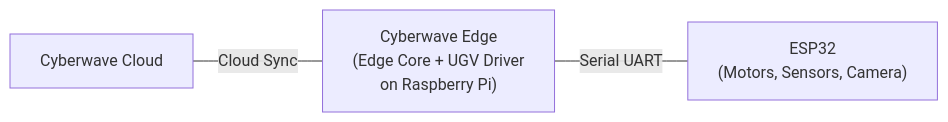
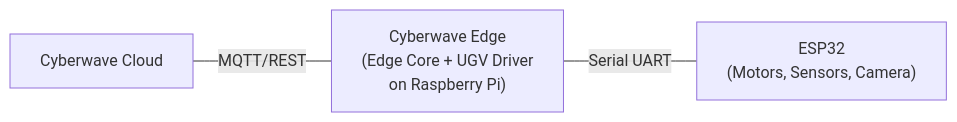
The fourth of 4 diagrams in get-started/starter-kit-builders.mdx (cyberwave-os/docs-mintlify), drawn with Mermaid before and after one commit. The commit also changed other lines of this file, not shown here.

````diff
--- a/get-started/starter-kit-builders.mdx
+++ b/get-started/starter-kit-builders.mdx
@@ -257,5 +257,5 @@
 ```mermaid
 graph LR
-    CW["Cyberwave Cloud"] ---|"Cloud Sync"| EDGE["Cyberwave Edge\n(Edge Core + UGV Driver\non Raspberry Pi)"]
+    CW["Cyberwave Cloud"] ---|"MQTT/REST"| EDGE["Cyberwave Edge\n(Edge Core + UGV Driver\non Raspberry Pi)"]
     EDGE ---|"Serial UART"| ESP["ESP32\n(Motors, Sensors, Camera)"]
 ```
````
